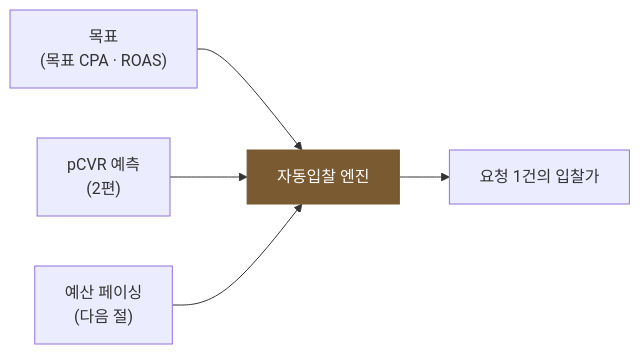
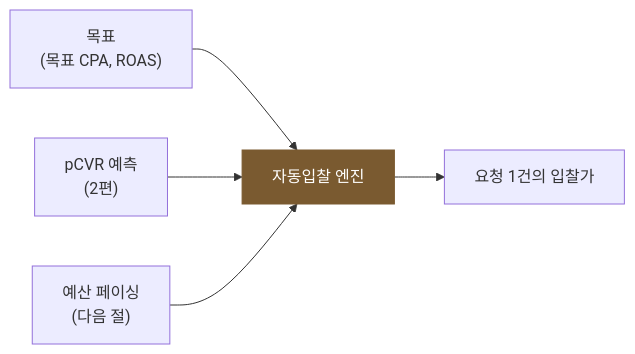
One commit to chkimsu/adtech-blog changed the first of 2 diagrams in posts/kakao-ads-bidding-measurement.md. Above: the diagram before and after it, drawn with Mermaid. The commit also changed other lines of this file and 26 other files, not shown here.

````diff
--- a/posts/kakao-ads-bidding-measurement.md
+++ b/posts/kakao-ads-bidding-measurement.md
@@ -21,8 +21,8 @@
 ```mermaid
 graph LR
-    GOAL["목표<br/>(목표 CPA · ROAS)"] --> BID["자동입찰 엔진"]
+    GOAL["목표<br/>(목표 CPA, ROAS)"] --> BID["자동입찰 엔진"]
     PCVR["pCVR 예측<br/>(2편)"] --> BID
     PACE["예산 페이싱<br/>(다음 절)"] --> BID
     BID --> FINAL["요청 1건의 입찰가"]
     style BID fill:#7a5a30,stroke:#7a5a30,color:#fff
 ```
````
